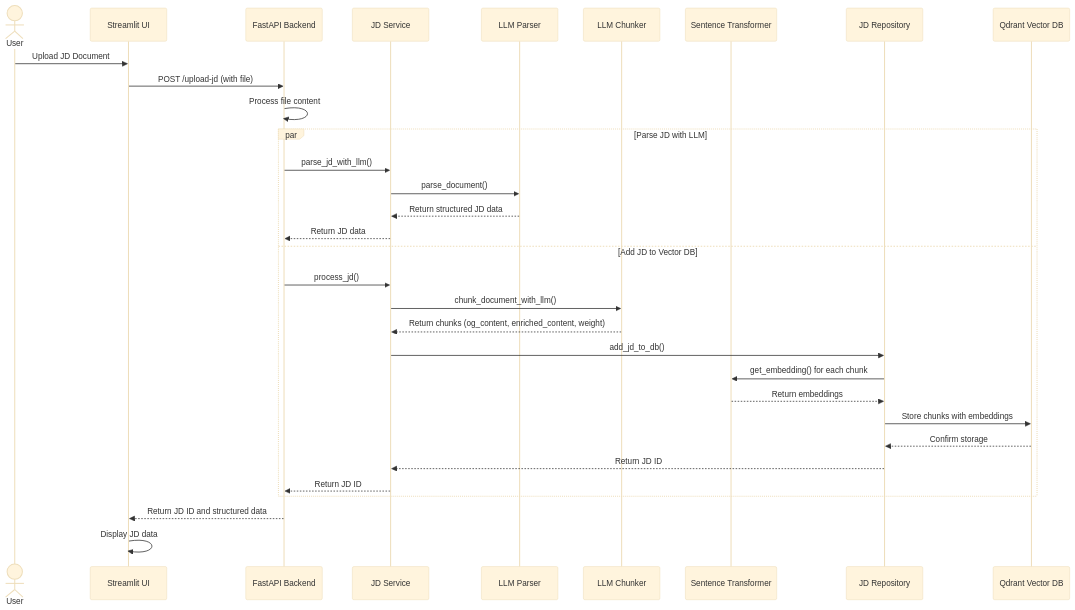
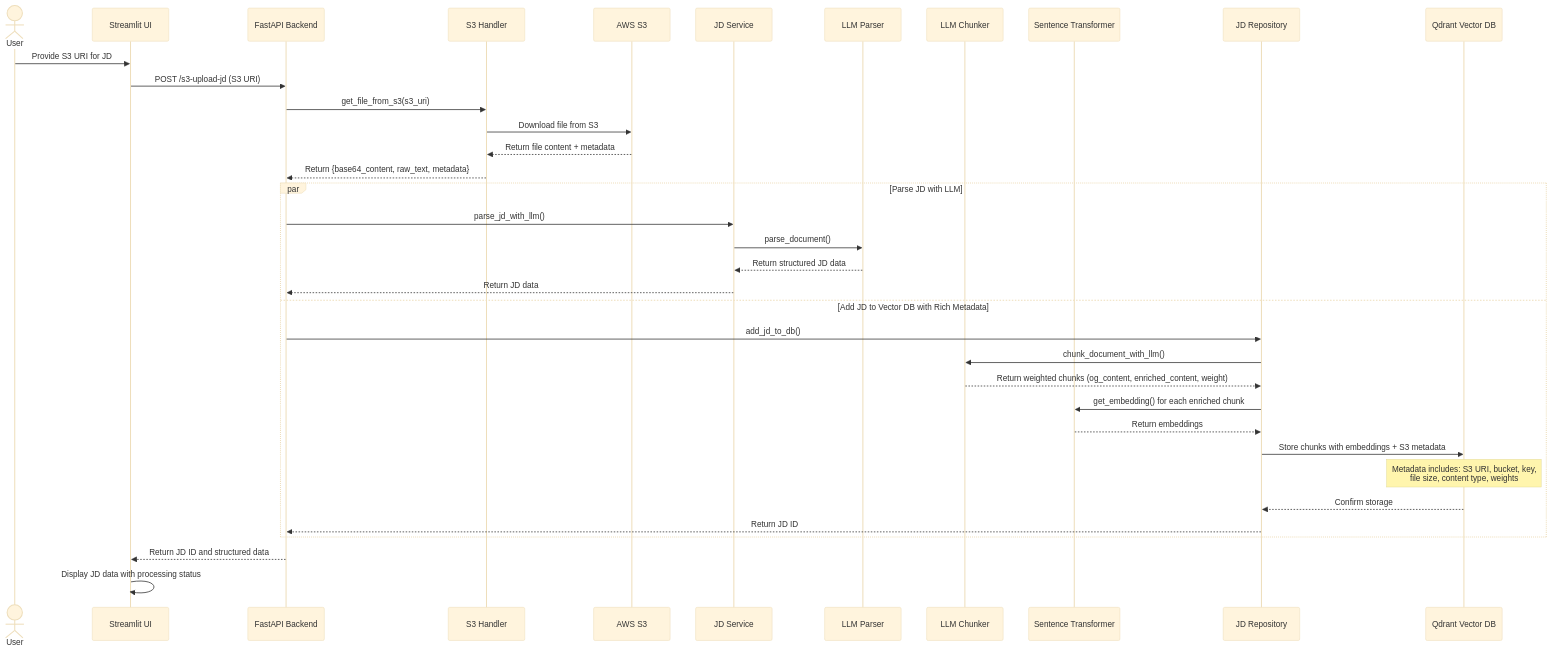
Before and after one commit to PranavAikkara/emergencyrepoSR: the second of 9 diagrams in design_and_architecture/architecture.md, drawn with Mermaid (base theme). The commit also changed other lines of this file and 15 other files, not shown here.

````diff
--- a/design_and_architecture/architecture.md
+++ b/design_and_architecture/architecture.md
@@ -69,37 +79,41 @@
 ```mermaid
 sequenceDiagram
     actor User
     participant UI as Streamlit UI
     participant API as FastAPI Backend
+    participant S3H as S3 Handler
+    participant S3 as AWS S3
     participant JDS as JD Service
     participant LLM_P as LLM Parser
     participant LLM_C as LLM Chunker
     participant ST as Sentence Transformer
     participant JDR as JD Repository
     participant VDB as Qdrant Vector DB
     
-    User->>UI: Upload JD Document
-    UI->>API: POST /upload-jd (with file)
-    API->>API: Process file content
+    User->>UI: Provide S3 URI for JD
+    UI->>API: POST /s3-upload-jd (S3 URI)
+    API->>S3H: get_file_from_s3(s3_uri)
+    S3H->>S3: Download file from S3
+    S3-->>S3H: Return file content + metadata
+    S3H-->>API: Return {base64_content, raw_text, metadata}
     
     par Parse JD with LLM
         API->>JDS: parse_jd_with_llm()
         JDS->>LLM_P: parse_document()
         LLM_P-->>JDS: Return structured JD data
         JDS-->>API: Return JD data
-    and Add JD to Vector DB
-        API->>JDS: process_jd()
-        JDS->>LLM_C: chunk_document_with_llm()
-        LLM_C-->>JDS: Return chunks (og_content, enriched_content, weight)
-        JDS->>JDR: add_jd_to_db()
-        JDR->>ST: get_embedding() for each chunk
+    and Add JD to Vector DB with Rich Metadata
+        API->>JDR: add_jd_to_db()
+        JDR->>LLM_C: chunk_document_with_llm()
+        LLM_C-->>JDR: Return weighted chunks (og_content, enriched_content, weight)
+        JDR->>ST: get_embedding() for each enriched chunk
         ST-->>JDR: Return embeddings
-        JDR->>VDB: Store chunks with embeddings
+        JDR->>VDB: Store chunks with embeddings + S3 metadata
+        Note over VDB: Metadata includes: S3 URI, bucket, key,<br/>file size, content type, weights
         VDB-->>JDR: Confirm storage
-        JDR-->>JDS: Return JD ID
-        JDS-->>API: Return JD ID
+        JDR-->>API: Return JD ID
     end
     
     API-->>UI: Return JD ID and structured data
-    UI->>UI: Display JD data
+    UI->>UI: Display JD data with processing status
 ```
````
